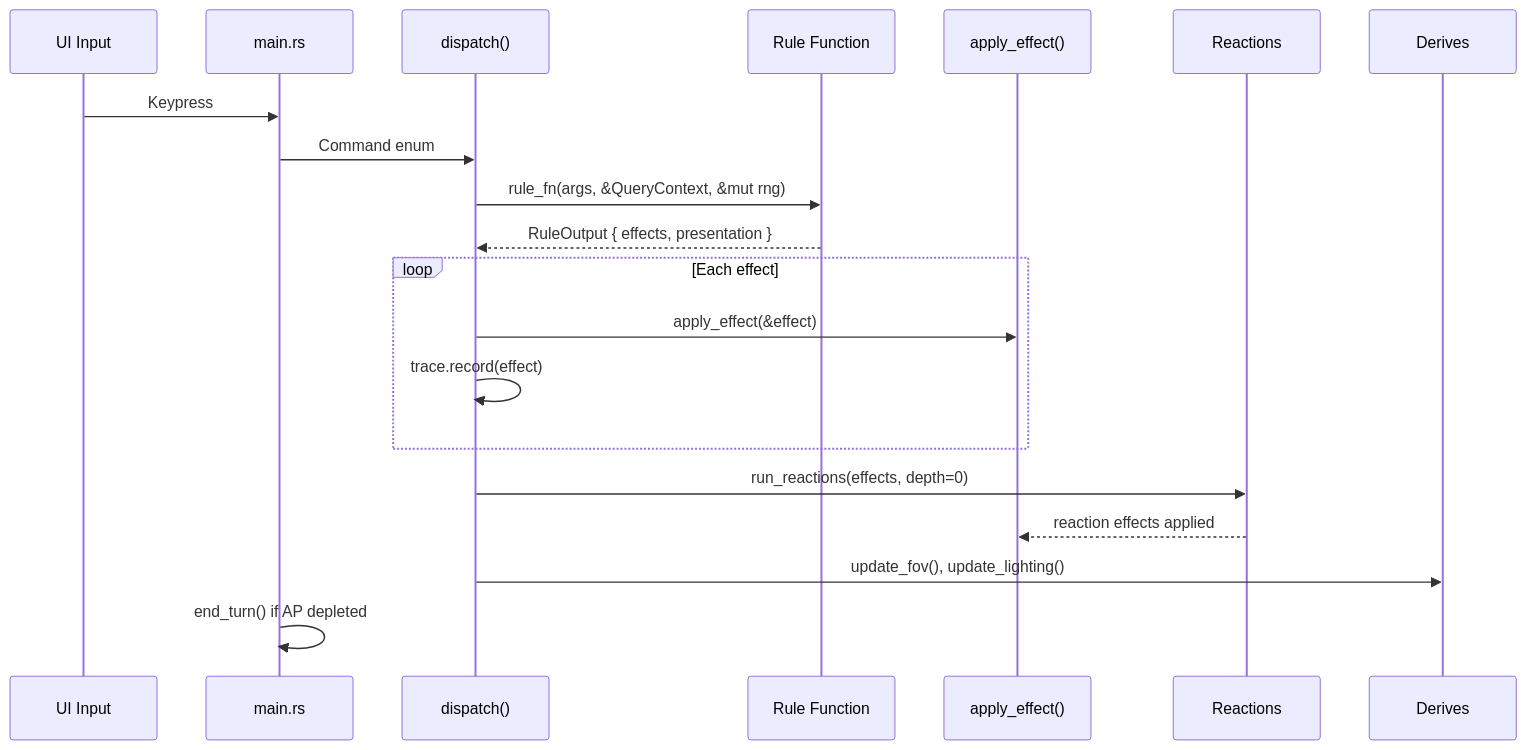
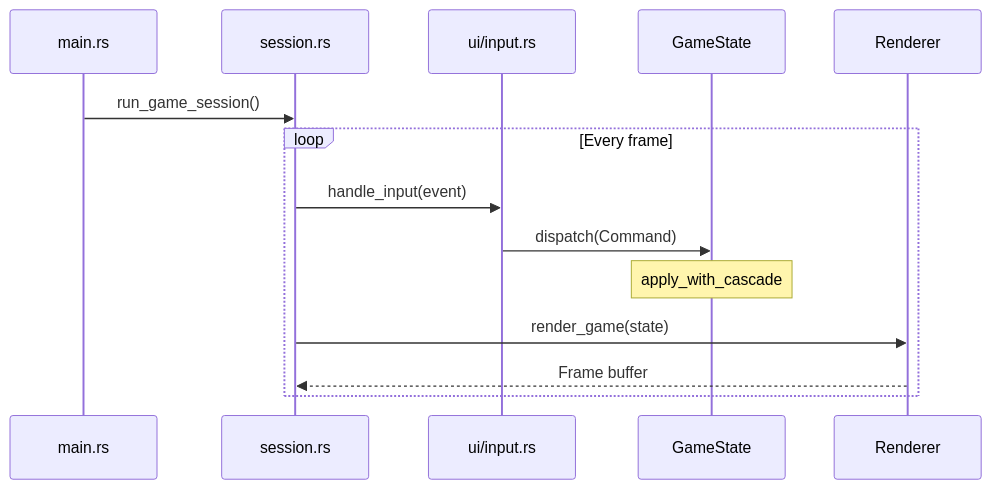
The first of 10 diagrams in .agents/summary/workflows.md (EliasVahlberg/saltglass-steppe), drawn with Mermaid before and after one commit. The commit also changed other lines of this file and 30 other files, not shown here.

````diff
--- a/.agents/summary/workflows.md
+++ b/.agents/summary/workflows.md
@@ -5,23 +7,17 @@
 ```mermaid
 sequenceDiagram
-    participant UI as UI Input
-    participant Main as main.rs
-    participant Disp as dispatch()
-    participant Rule as Rule Function
-    participant Apply as apply_effect()
-    participant React as Reactions
-    participant Derive as Derives
+    participant M as main.rs
+    participant S as session.rs
+    participant UI as ui/input.rs
+    participant GS as GameState
+    participant R as Renderer
 
-    UI->>Main: Keypress
-    Main->>Disp: Command enum
-    Disp->>Rule: rule_fn(args, &QueryContext, &mut rng)
-    Rule-->>Disp: RuleOutput { effects, presentation }
-    loop Each effect
-        Disp->>Apply: apply_effect(&effect)
-        Disp->>Disp: trace.record(effect)
+    M->>S: run_game_session()
+    loop Every frame
+        S->>UI: handle_input(event)
+        UI->>GS: dispatch(Command)
+        Note over GS: apply_with_cascade
+        S->>R: render_game(state)
+        R-->>S: Frame buffer
     end
-    Disp->>React: run_reactions(effects, depth=0)
-    React-->>Apply: reaction effects applied
-    Disp->>Derive: update_fov(), update_lighting()
-    Main->>Main: end_turn() if AP depleted
 ```
````
